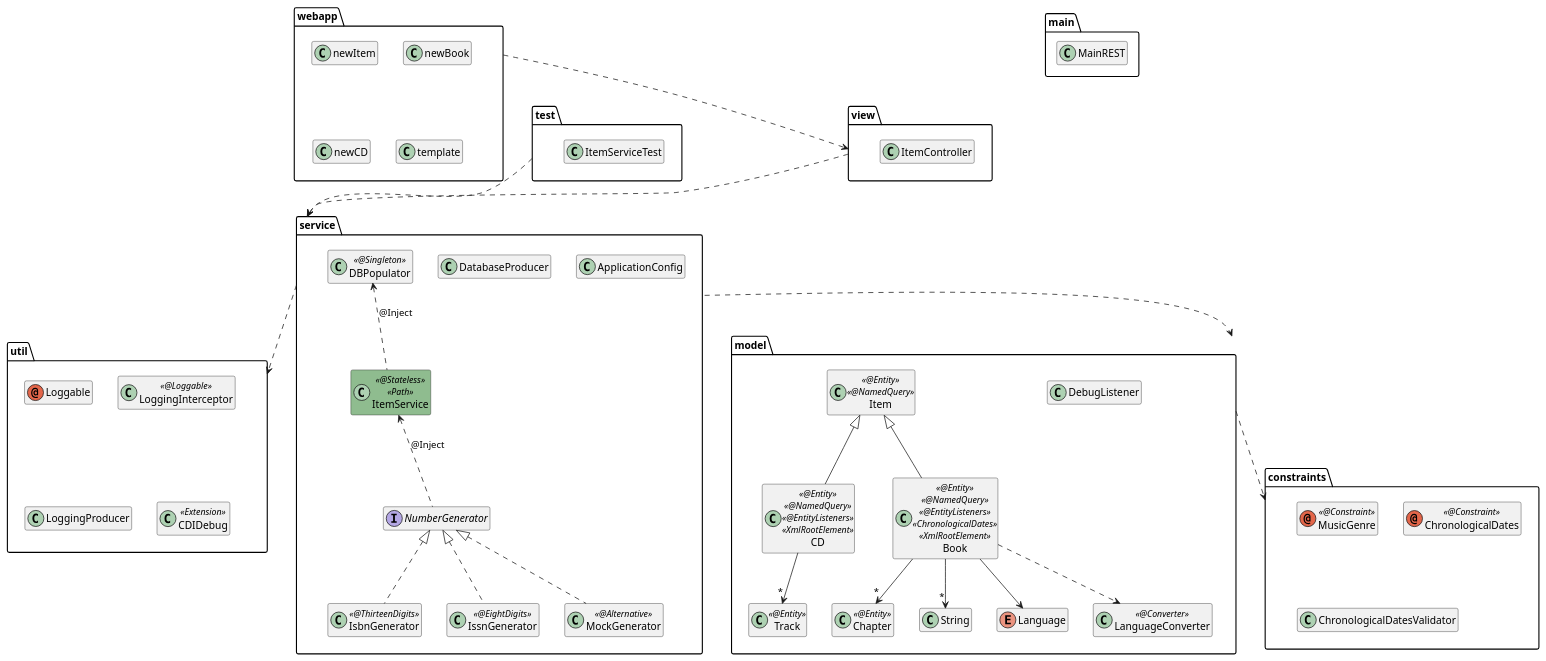
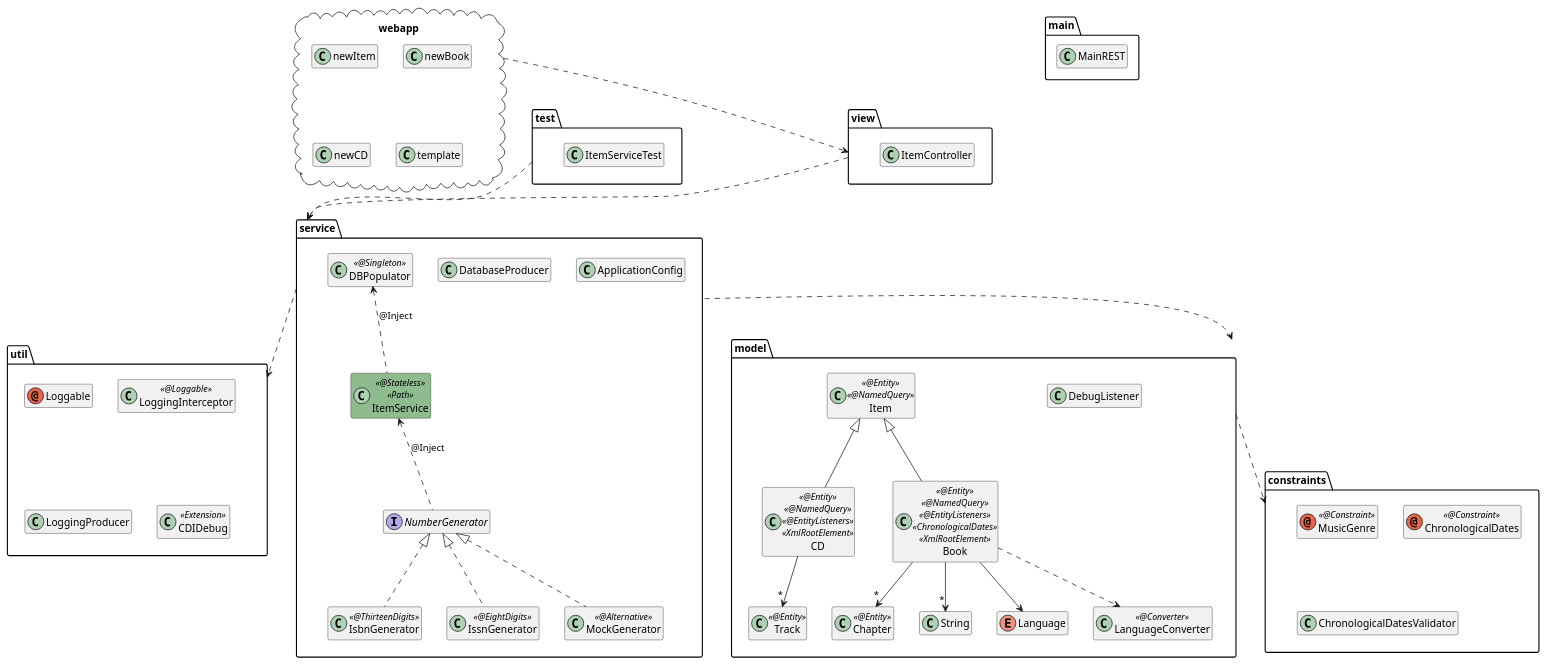
One commit to agoncal/agoncal-training-javaee7 changed the diagram in 18-JMS/demo18.puml. Above: the diagram before and after it, drawn with PlantUML. The commit also changed 4 other files, not shown here.

Commit message:
Adding cloud package in UML schemas

```diff
--- a/18-JMS/demo18.puml
+++ b/18-JMS/demo18.puml
@@ -1,81 +1,81 @@
 @startuml
 
 hide members
 
 package "main" {
     class MainREST
 }
 
 package "test" {
     class ItemServiceTest
 }
 
-package "webapp"  {
+package "webapp"  <<Cloud>> {
     class newItem
     class newBook
     class newCD
     class template
 }
 
 package "view"  {
     class ItemController
 }
 
 package "service" {
     interface NumberGenerator
     class IsbnGenerator << @ThirteenDigits >>
     class IssnGenerator << @EightDigits >>
     class MockGenerator << @Alternative >>
     class ItemService << @Stateless >> << Path >> #8FBC8F
     class ApplicationConfig
     class DatabaseProducer
     class DBPopulator << @Singleton >>
 
     ItemService <.. NumberGenerator : @Inject
     DBPopulator <.. ItemService : @Inject
     NumberGenerator <|.. IsbnGenerator
     NumberGenerator <|.. IssnGenerator
     NumberGenerator <|.. MockGenerator
 }
 
 package "model" {
     class DebugListener
     class Item << @Entity >> << @NamedQuery >>
     class CD << @Entity >> << @NamedQuery >> << @EntityListeners >> << XmlRootElement >>
     class Track << @Entity >>
     class Chapter << @Entity >>
     class Book << @Entity >> << @NamedQuery >> << @EntityListeners >> << ChronologicalDates >> << XmlRootElement >>
     class String
     enum Language
     class LanguageConverter << @Converter >>
 
     Item <|-- CD
     Item <|-- Book
     CD --> "*" Track
     Book --> "*" String
     Book --> "*" Chapter
     Book --> Language
     Book ..> LanguageConverter
 }
 
 package "constraints" {
     annotation MusicGenre << @Constraint >>
     annotation ChronologicalDates << @Constraint >>
     class ChronologicalDatesValidator
 }
 
 package "util" {
     annotation Loggable
     class LoggingInterceptor << @Loggable >>
     class LoggingProducer
     class CDIDebug << Extension >>
 }
 
 test ..> service
 webapp ..> view
 view ..> service
 service ..> model
 service ..> util
 model ..> constraints
 
 @enduml
```
